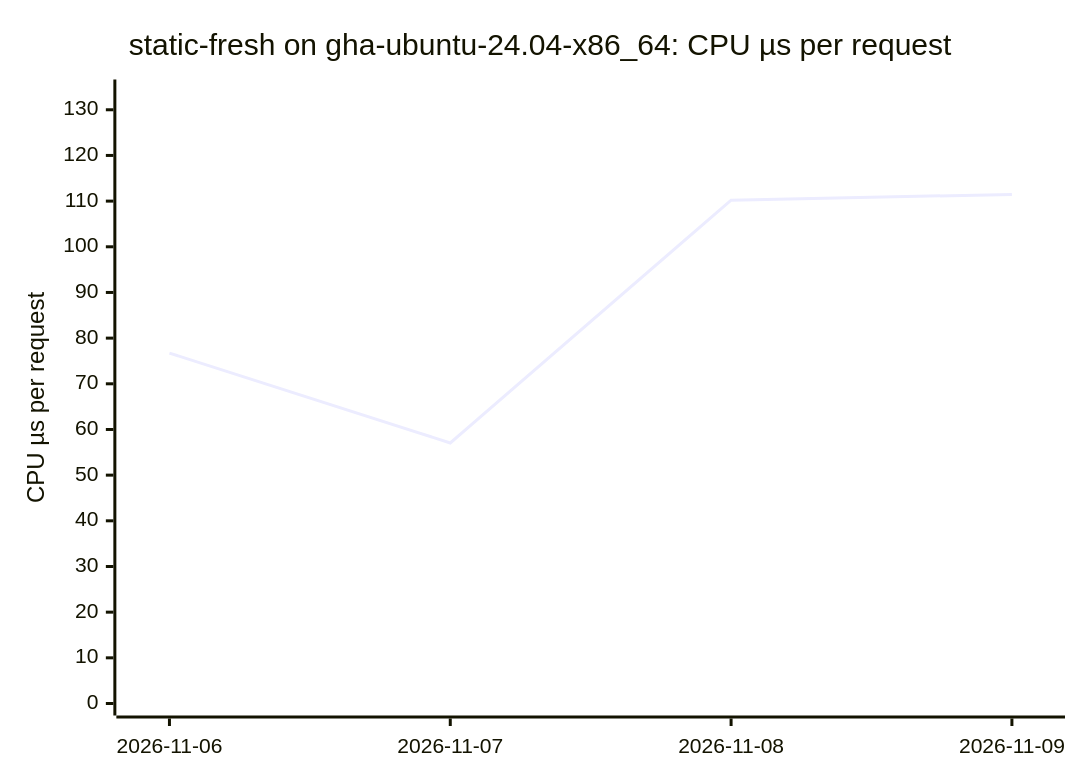
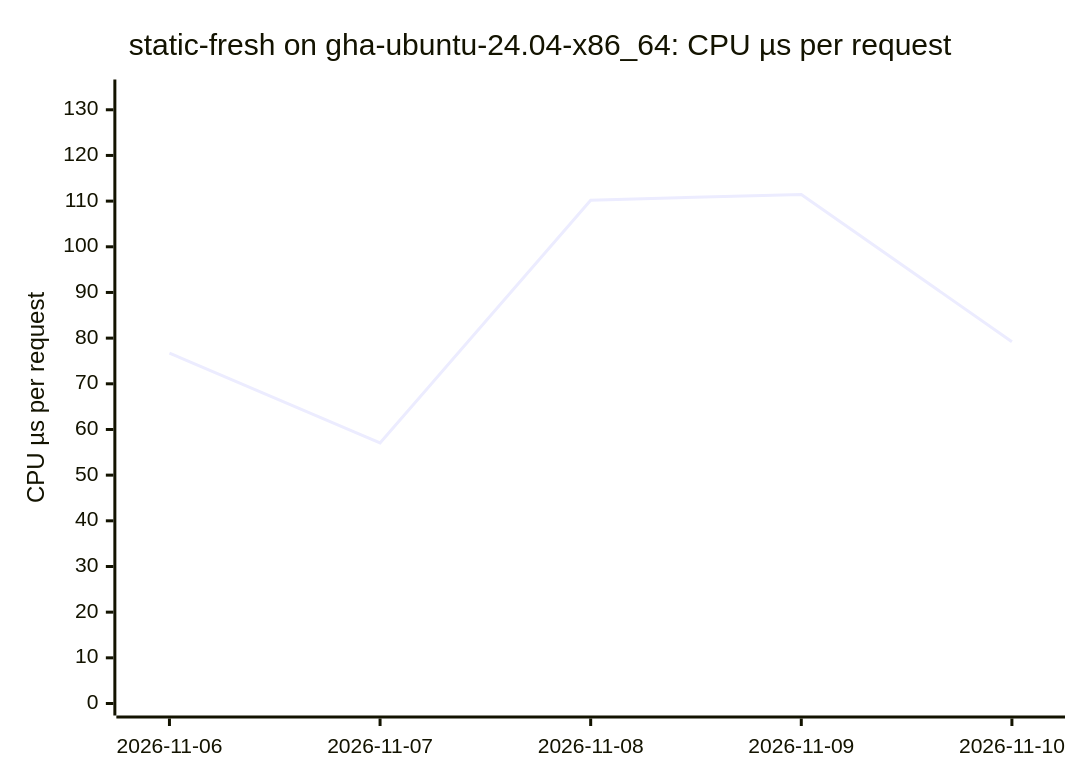
One commit to ThePixelPilgrim/durchlauferhitzer changed the third of 18 diagrams in BENCHMARKS.md. Above: the diagram before and after it, drawn with Mermaid. The commit also changed other lines of this file and 1 other file, not shown here.

````diff
--- a/BENCHMARKS.md
+++ b/BENCHMARKS.md
@@ -46,7 +46,7 @@
 ```mermaid
 xychart-beta
   title "static-fresh on gha-ubuntu-24.04-x86_64: CPU µs per request"
-  x-axis ["2026-11-06", "2026-11-07", "2026-11-08", "2026-11-09"]
+  x-axis ["2026-11-06", "2026-11-07", "2026-11-08", "2026-11-09", "2026-11-10"]
   y-axis "CPU µs per request" 0 --> 134
-  line [76.72, 57.05, 110.20, 111.47]
+  line [76.72, 57.05, 110.20, 111.47, 79.20]
 ```
````
